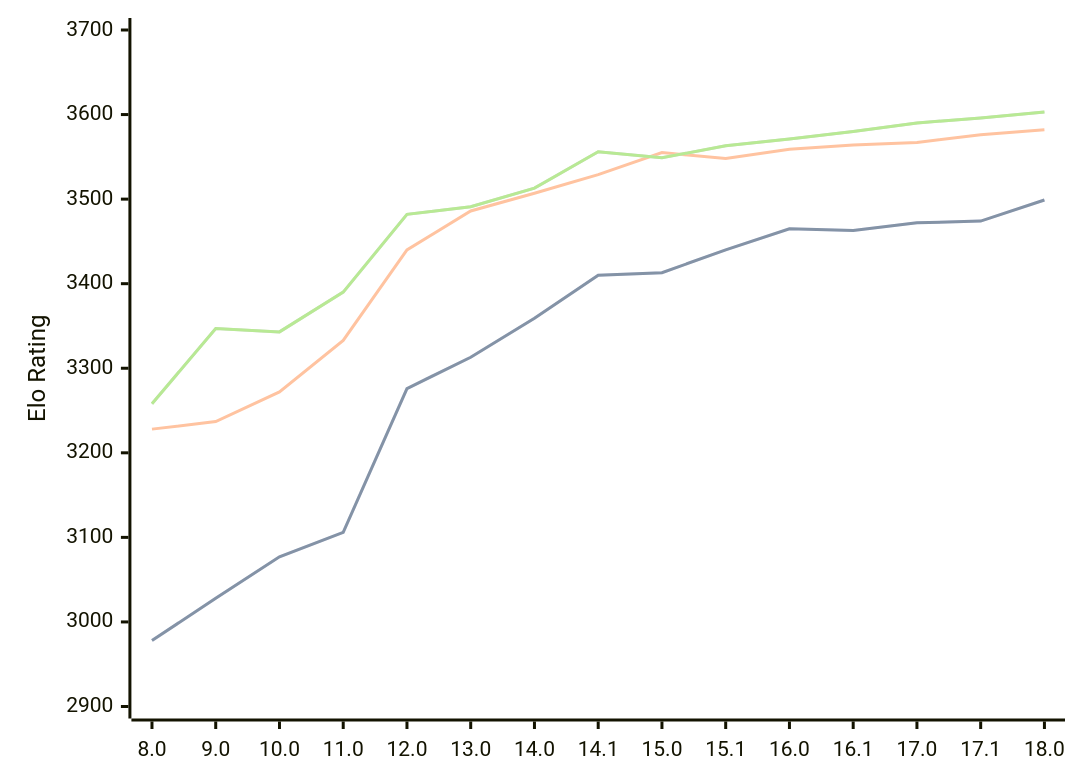
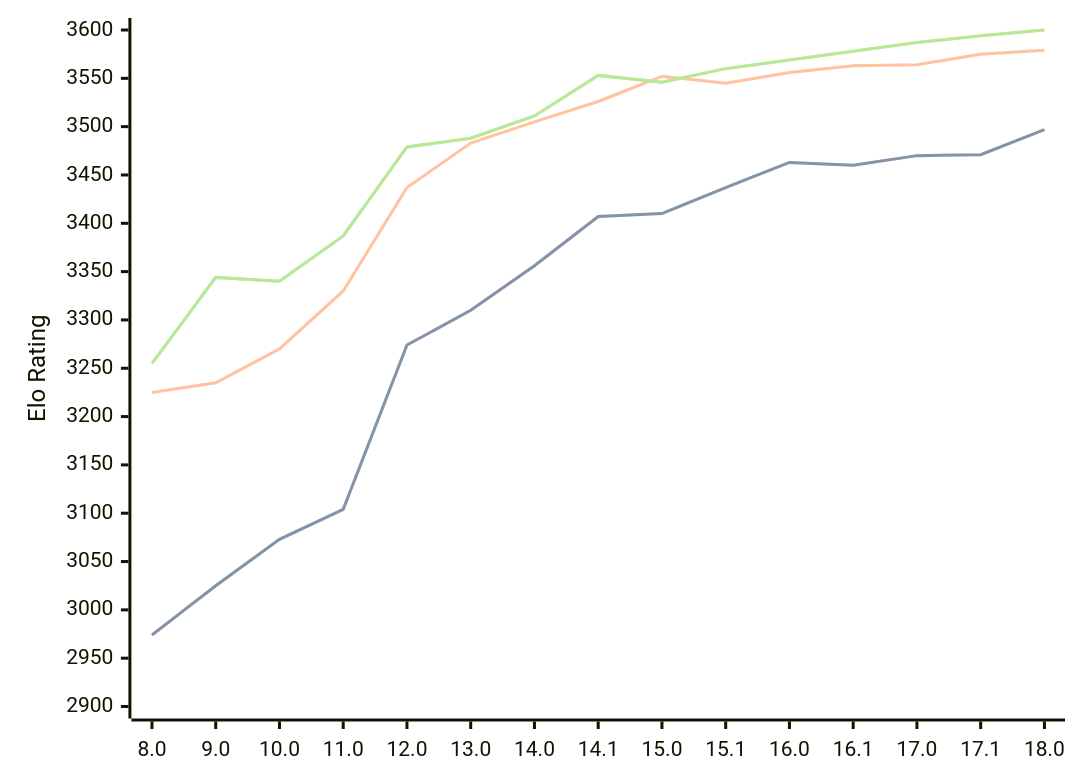
The diagram in engines/Stockfish.md (computer-chess-index/cci), drawn with Mermaid before and after one commit. The commit also changed other lines of this file, not shown here.

Commit message:
Update CCI Ratings (ELO VLTC) - 2026-08-12

````diff
--- a/engines/Stockfish.md
+++ b/engines/Stockfish.md
@@ -45,11 +45,11 @@
 ```mermaid
 %%{init: {"theme":"base","themeVariables":{"seriesColors:['#a3a3a3','#222221','#faa371']}}}%%
 xychart-beta
   x-axis ["8.0", "9.0", "10.0", "11.0", "12.0", "13.0", "14.0", "14.1", "15.0", "15.1", "16.0", "16.1", "17.0", "17.1", "18.0"]
-  y-axis "Elo Rating" 2900 --> 3700
-  line "STC (8.0+0.08s)" [2978, 3028, 3077, 3106, 3276, 3313, 3359, 3410, 3413, 3440, 3465, 3463, 3472, 3474, 3499]
-  line "STC (8.0+0.08s)" [2978, 3028, 3077, 3106, 3276, 3313, 3359, 3410, 3413, 3440, 3465, 3463, 3472, 3474, 3499]
-  line "LTC (60.0+0.60s)" [3228, 3237, 3272, 3333, 3440, 3486, 3507, 3529, 3555, 3548, 3559, 3564, 3567, 3576, 3582]
-  line "VLTC (2m24s+1.12s)" [3258, 3347, 3343, 3390, 3482, 3491, 3513, 3556, 3549, 3563, 3571, 3580, 3590, 3596, 3603]
-  line "VLTC (2m24s+1.12s)" [3258, 3347, 3343, 3390, 3482, 3491, 3513, 3556, 3549, 3563, 3571, 3580, 3590, 3596, 3603]
+  y-axis "Elo Rating" 2900 --> 3600
+  line "STC (8.0+0.08s)" [2974, 3025, 3073, 3104, 3274, 3310, 3356, 3407, 3410, 3437, 3463, 3460, 3470, 3471, 3497]
+  line "STC (8.0+0.08s)" [2974, 3025, 3073, 3104, 3274, 3310, 3356, 3407, 3410, 3437, 3463, 3460, 3470, 3471, 3497]
+  line "LTC (60.0+0.60s)" [3225, 3235, 3270, 3330, 3437, 3483, 3505, 3526, 3552, 3545, 3556, 3563, 3564, 3575, 3579]
+  line "VLTC (2m24s+1.12s)" [3255, 3344, 3340, 3387, 3479, 3488, 3511, 3553, 3546, 3560, 3569, 3578, 3587, 3594, 3600]
+  line "VLTC (2m24s+1.12s)" [3255, 3344, 3340, 3387, 3479, 3488, 3511, 3553, 3546, 3560, 3569, 3578, 3587, 3594, 3600]
 ```
````
